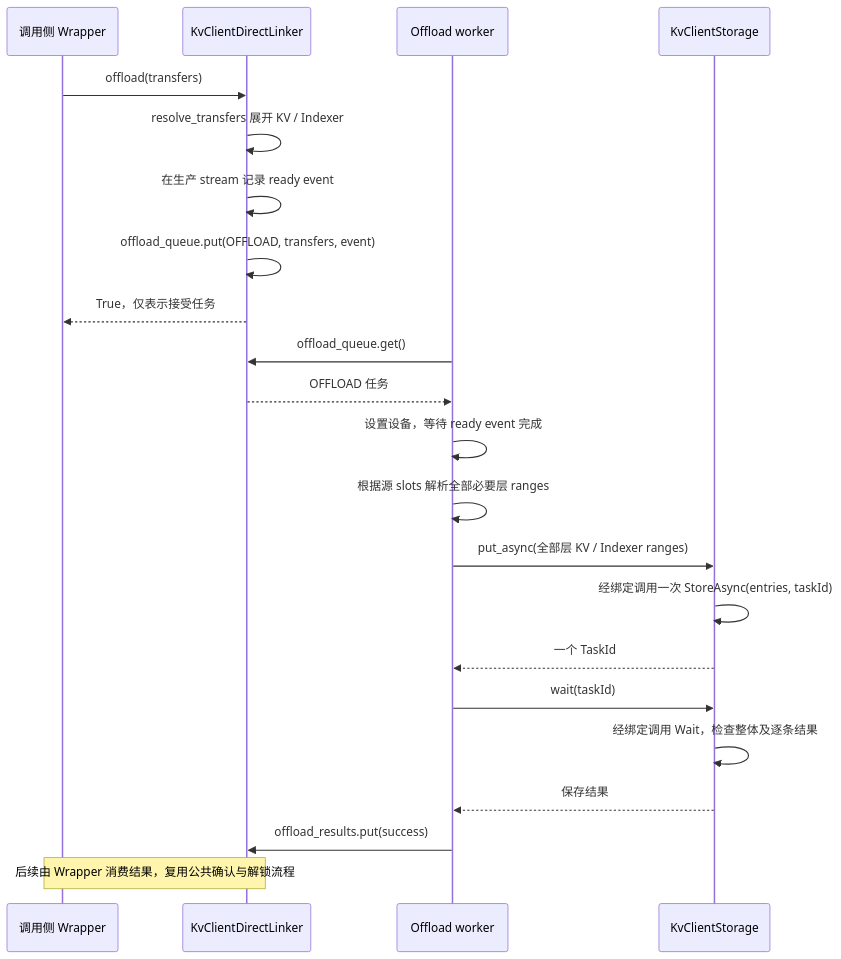
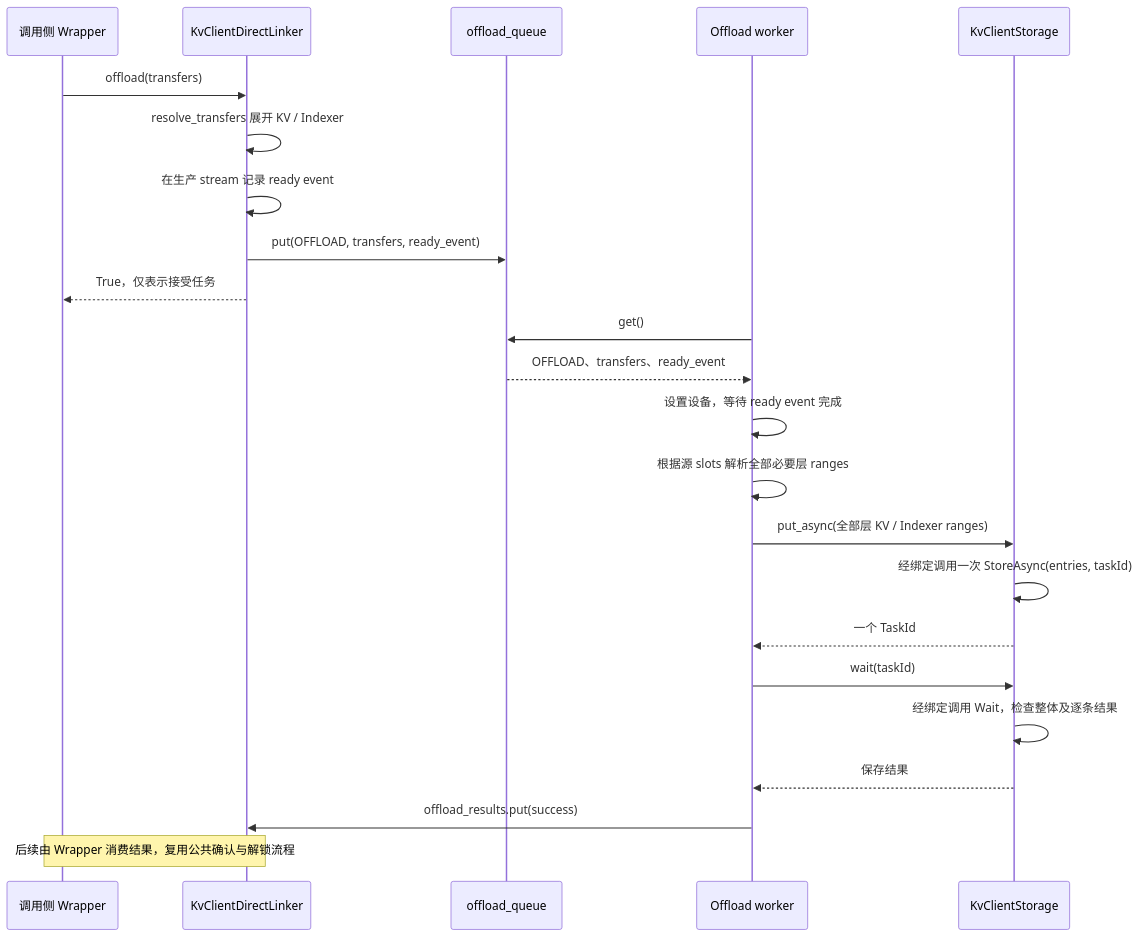
Before and after one commit to yuanzhg078/sglang: diagram 23 of 25 in kv_client_linker_backend_design.md, drawn with Mermaid. The commit also changed other lines of this file, not shown here.

Commit message:
update 2

````diff
--- a/kv_client_linker_backend_design.md
+++ b/kv_client_linker_backend_design.md
@@ -1020,24 +1020,25 @@
 ```mermaid
 sequenceDiagram
     participant W as 调用侧 Wrapper
     participant D as KvClientDirectLinker
+    participant Q as offload_queue
     participant B as Offload worker
     participant S as KvClientStorage
     W->>D: offload(transfers)
     D->>D: resolve_transfers 展开 KV / Indexer
     D->>D: 在生产 stream 记录 ready event
-    D->>D: offload_queue.put(OFFLOAD, transfers, event)
+    D->>Q: put(OFFLOAD, transfers, ready_event)
     D-->>W: True，仅表示接受任务
-    B->>D: offload_queue.get()
-    D-->>B: OFFLOAD 任务
+    B->>Q: get()
+    Q-->>B: OFFLOAD、transfers、ready_event
     B->>B: 设置设备，等待 ready event 完成
     B->>B: 根据源 slots 解析全部必要层 ranges
     B->>S: put_async(全部层 KV / Indexer ranges)
     S->>S: 经绑定调用一次 StoreAsync(entries, taskId)
     S-->>B: 一个 TaskId
     B->>S: wait(taskId)
     S->>S: 经绑定调用 Wait，检查整体及逐条结果
     S-->>B: 保存结果
     B->>D: offload_results.put(success)
     Note over W,D: 后续由 Wrapper 消费结果，复用公共确认与解锁流程
 ```
````
